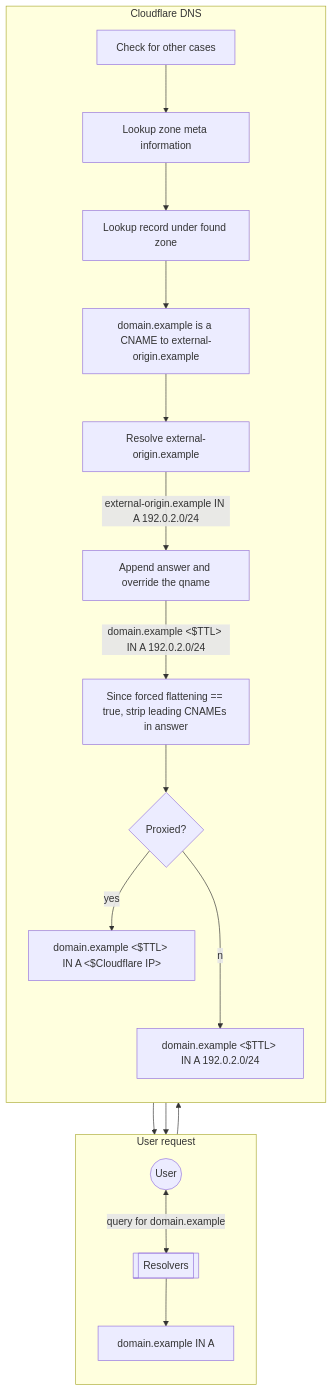
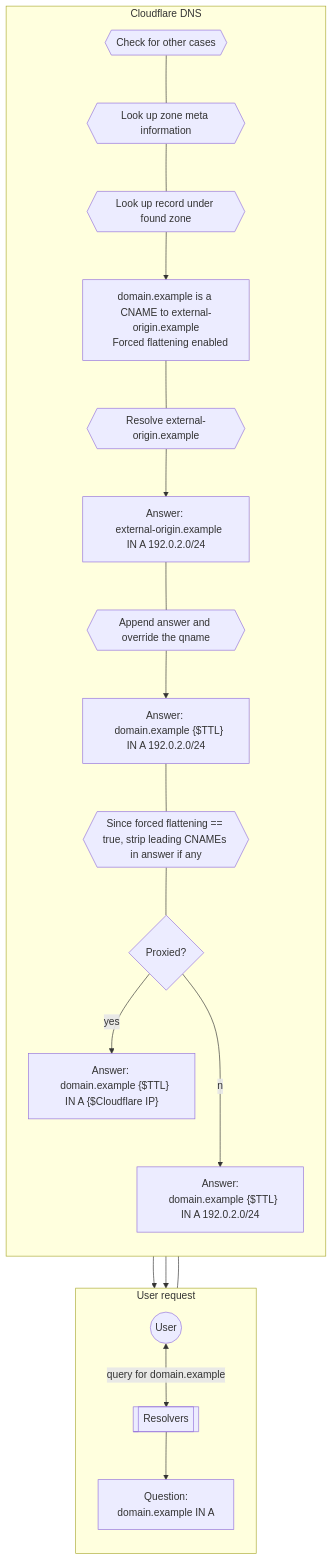
The diagram in content/dns/reference/cname-flattening-diagram.md (cloudflare/cloudflare-docs), drawn with Mermaid before and after one commit.

Commit message:
improve use of node and link types

````diff
--- a/content/dns/reference/cname-flattening-diagram.md
+++ b/content/dns/reference/cname-flattening-diagram.md
@@ -29,15 +29,22 @@
 ```mermaid
 flowchart TB
 accTitle: CNAME flattening diagram
 accDescr: Diagram of CNAME flattening process when there is a request for a domain in Cloudflare and the zone has a CNAME record at root that points to an external A record.
  subgraph X[User request]
   direction TB
   A((User)) <--query for domain.example--> B[[Resolvers]] --> C
  end
  subgraph Y[Cloudflare DNS]
   direction TB
-   C[domain.example IN A] --> D[Check for other cases] --> E[Lookup zone meta information] --> F[Lookup record under found zone] --> G[domain.example is a CNAME to external-origin.example] --> H[Resolve external-origin.example] --external-origin.example IN A 192.0.2.0/24--> I[Append answer and override the qname] --domain.example <$TTL> IN A 192.0.2.0/24--> J[Since forced flattening == true, strip leading CNAMEs in answer] --> K{Proxied?}
-   K --yes--> L[domain.example <$TTL> IN A <$Cloudflare IP>] --> B
-   K --no--> M[domain.example <$TTL> IN A 192.0.2.0/24] --> B
+   C["Question: 
+   domain.example IN A"] 
+   C --- D{{Check for other cases}} --- E{{Look up zone meta information}} --- F{{Look up record under found zone}} --> G["domain.example is a CNAME to external-origin.example
+   Forced flattening enabled"] --- H{{Resolve external-origin.example}} --> I["Answer: 
+   external-origin.example IN A 192.0.2.0/24"] --- J{{Append answer and override the qname}} --> K["Answer: 
+   domain.example {$TTL} IN A 192.0.2.0/24"]--- L{{Since forced flattening == true, strip leading CNAMEs in answer if any}} --- M{Proxied?}
+   M --yes--> O["Answer: 
+   domain.example {$TTL} IN A {$Cloudflare IP}"] --> B
+   M --no--> N["Answer:
+   domain.example {$TTL} IN A 192.0.2.0/24"] --> B
  end
 ```
````
